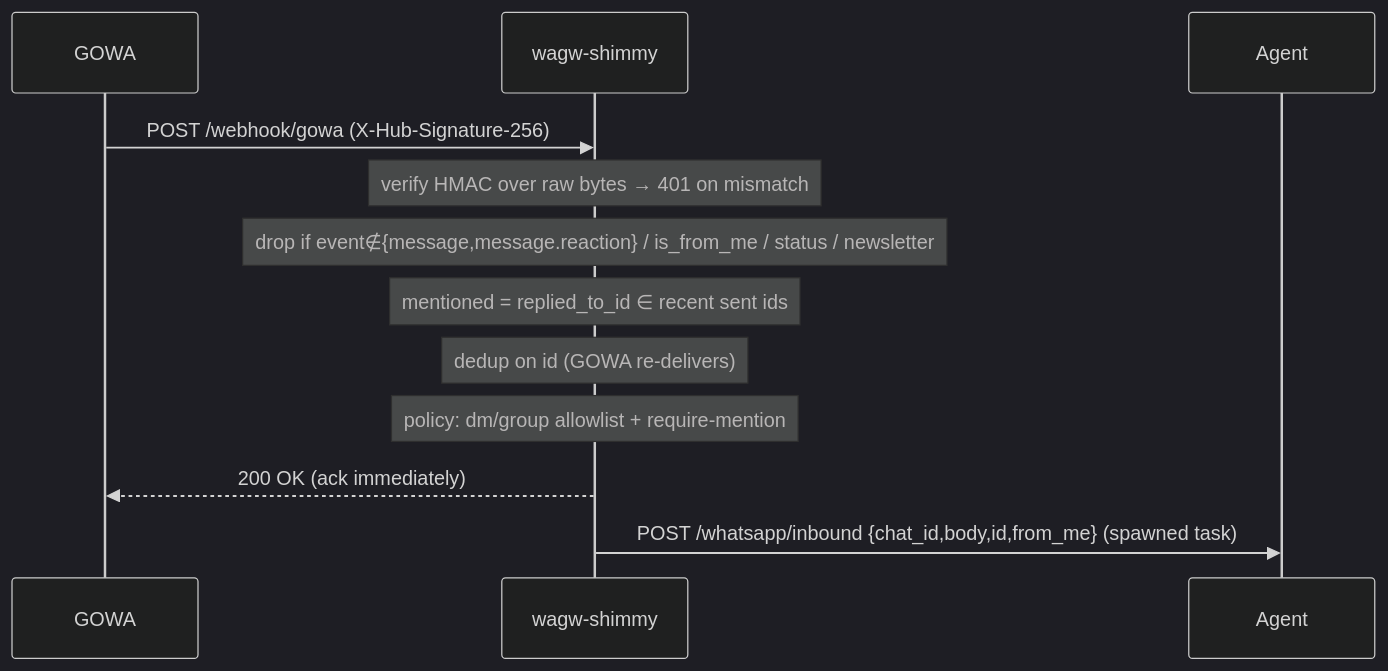
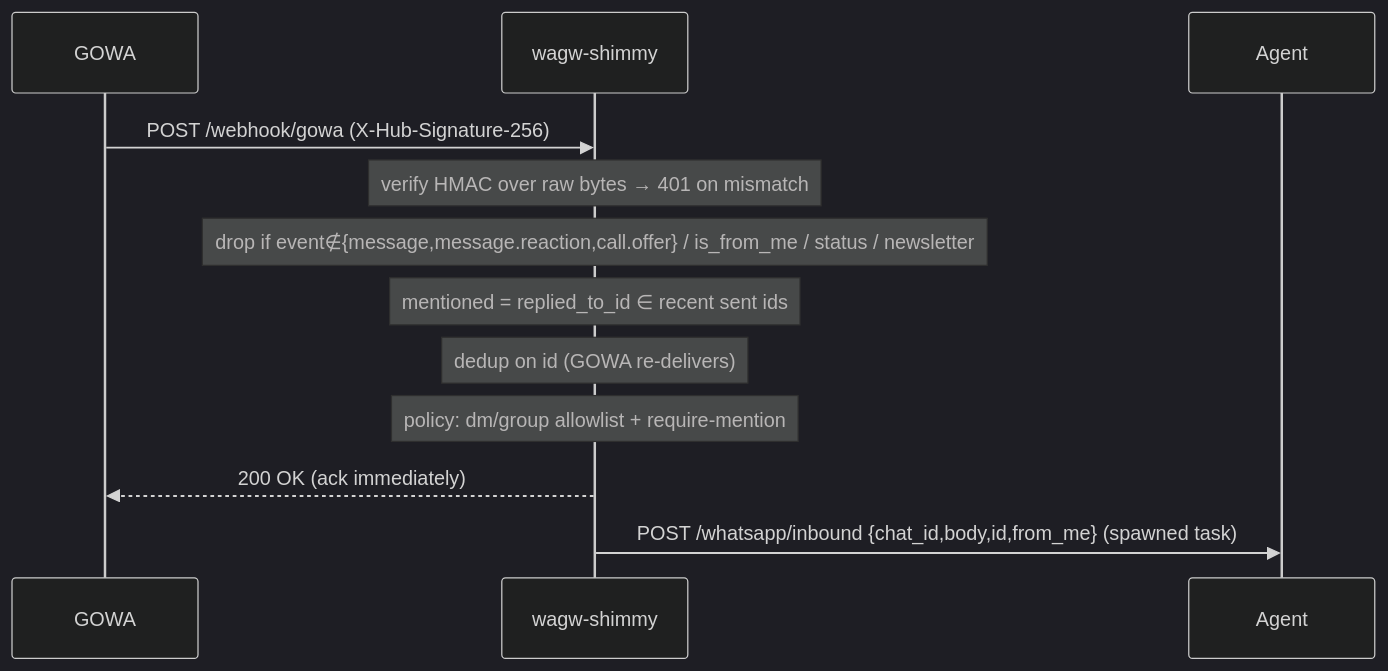
One commit to ashrodan/wagw-shimmy changed the first of 2 diagrams in README.md. Above: the diagram before and after it, drawn with Mermaid (dark theme). The commit also changed other lines of this file and 8 other files, not shown here.

````diff
--- a/README.md
+++ b/README.md
@@ -62,14 +63,14 @@
 ```mermaid
 sequenceDiagram
     participant GOWA
     participant Shim as wagw-shimmy
     participant Agent
     GOWA->>Shim: POST /webhook/gowa  (X-Hub-Signature-256)
     Note over Shim: verify HMAC over raw bytes → 401 on mismatch
-    Note over Shim: drop if event∉{message,message.reaction} / is_from_me / status / newsletter
+    Note over Shim: drop if event∉{message,message.reaction,call.offer} / is_from_me / status / newsletter
     Note over Shim: mentioned = replied_to_id ∈ recent sent ids
     Note over Shim: dedup on id (GOWA re-delivers)
     Note over Shim: policy: dm/group allowlist + require-mention
     Shim-->>GOWA: 200 OK  (ack immediately)
     Shim->>Agent: POST /whatsapp/inbound {chat_id,body,id,from_me}  (spawned task)
 ```
````
